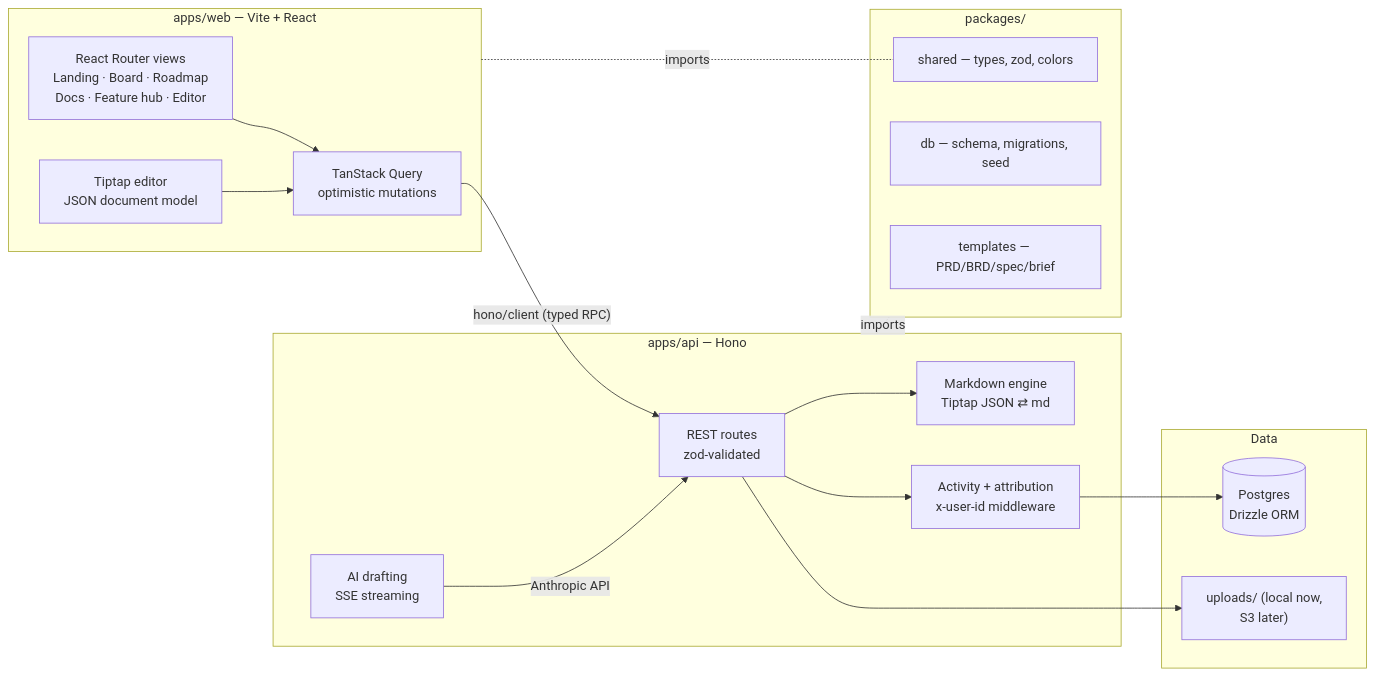
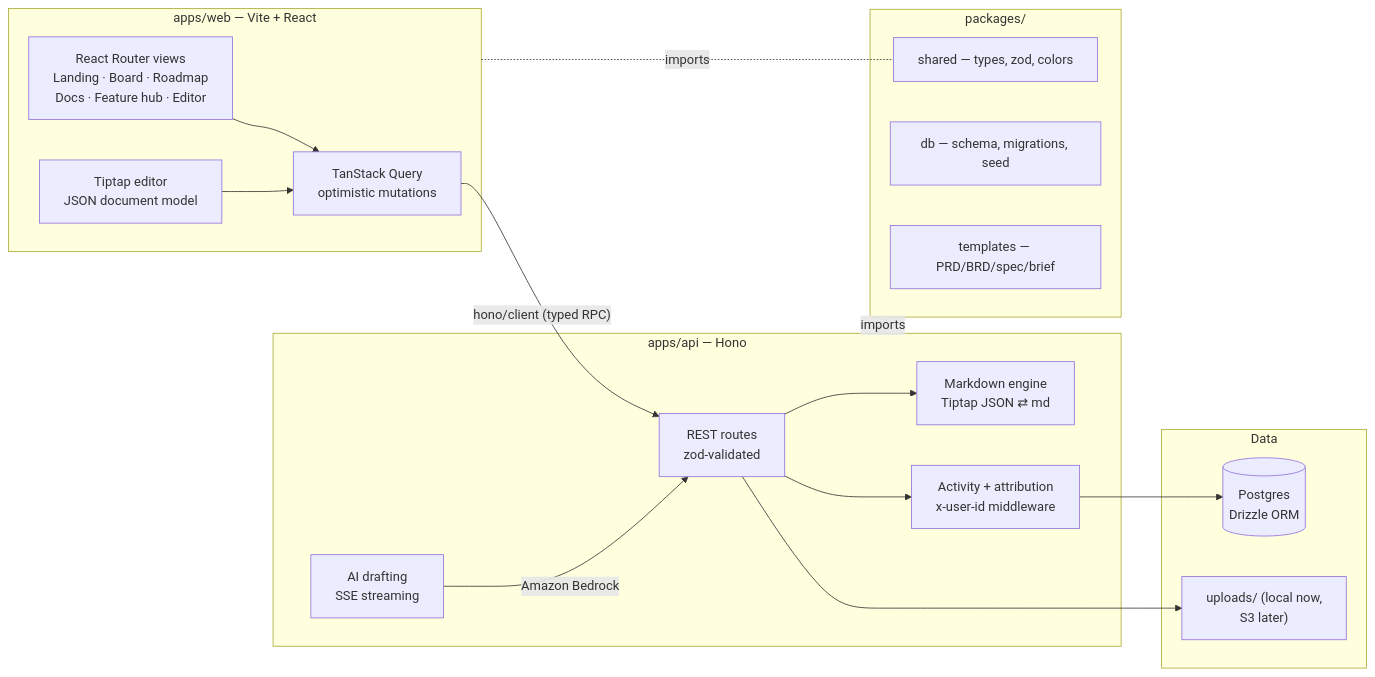
The diagram in README.md (studiox4/product-map), drawn with Mermaid before and after one commit. The commit also changed other lines of this file and 8 other files, not shown here.

First line of the commit message:
feat(api): migrate AI drafting to Amazon Bedrock via Vercel AI SDK

````diff
--- a/README.md
+++ b/README.md
@@ -84,36 +86,36 @@
 ```mermaid
 flowchart LR
     subgraph web ["apps/web — Vite + React"]
         UI["React Router views<br/>Landing · Board · Roadmap<br/>Docs · Feature hub · Editor"]
         TQ["TanStack Query<br/>optimistic mutations"]
         TT["Tiptap editor<br/>JSON document model"]
     end
 
     subgraph api ["apps/api — Hono"]
         RT["REST routes<br/>zod-validated"]
         MD["Markdown engine<br/>Tiptap JSON ⇄ md"]
         AI["AI drafting<br/>SSE streaming"]
         ACT["Activity + attribution<br/>x-user-id middleware"]
     end
 
     subgraph data ["Data"]
         PG[("Postgres<br/>Drizzle ORM")]
         UP["uploads/ (local now,<br/>S3 later)"]
     end
 
     UI --> TQ -->|"hono/client (typed RPC)"| RT
     TT --> TQ
     RT --> ACT --> PG
     RT --> MD
     RT --> UP
-    AI -->|"Anthropic API"| RT
+    AI -->|"Amazon Bedrock"| RT
 
     subgraph shared ["packages/"]
         SH["shared — types, zod, colors"]
         DB["db — schema, migrations, seed"]
         TPL["templates — PRD/BRD/spec/brief"]
     end
 
     api -.imports.- shared
     web -.imports.- SH
 ```
````
